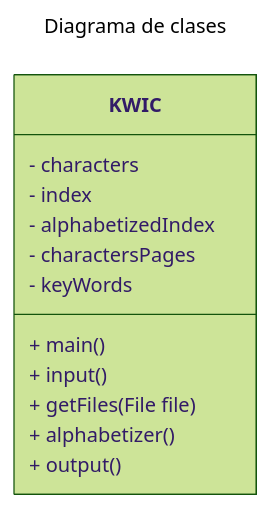
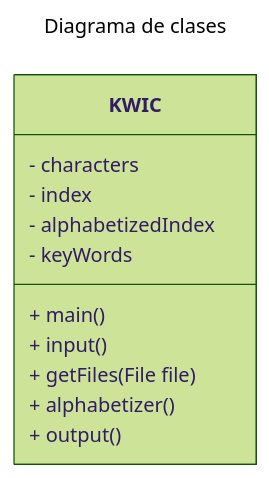
The first of 2 diagrams in README.md (AlbertoMasrMCC/KWIC), drawn with Mermaid (forest theme) before and after one commit. The commit also changed 2 other files, not shown here.

Commit message:
Realizando correciones

````diff
--- a/README.md
+++ b/README.md
@@ -4,18 +4,17 @@
 ```mermaid
 ---
 title: Diagrama de clases
 ---
 classDiagram
     class KWIC {
         - characters
         - index
         - alphabetizedIndex
-        - charactersPages
         - keyWords
         + main()
         + input()
         + getFiles(File file)
         + alphabetizer()
         + output()
     }
 ```
````
